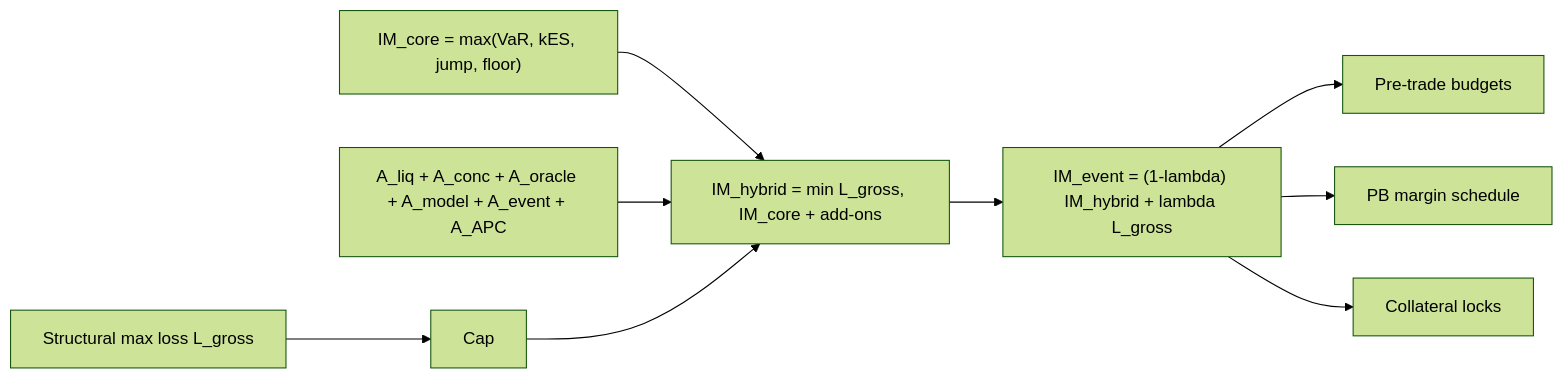
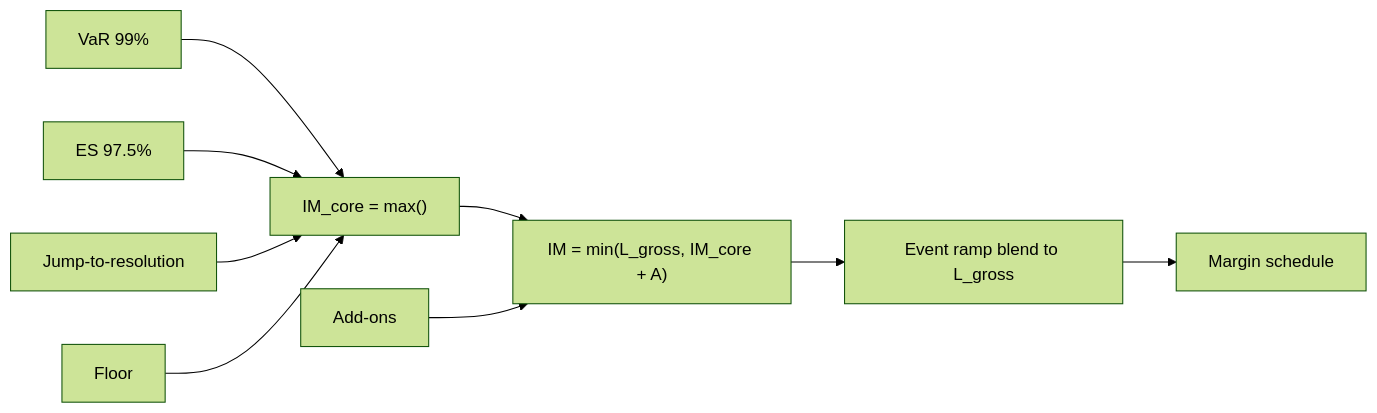
The fourth of 8 diagrams in docs/diagrams.md (LevonDerma1221/swans-docs), drawn with Mermaid (forest theme) before and after one commit. The commit also changed other lines of this file and 31 other files, not shown here.

````diff
--- a/docs/diagrams.md
+++ b/docs/diagrams.md
@@ -104,11 +93,13 @@
 ```mermaid
 flowchart LR
-  SML[Structural max loss L_gross] --> CAP[Cap]
-  CORE["IM_core = max(VaR, kES, jump, floor)"] --> HYBRID[IM_hybrid = min L_gross, IM_core + add-ons]
-  ADDONS["A_liq + A_conc + A_oracle + A_model + A_event + A_APC"] --> HYBRID
-  CAP --> HYBRID
-  HYBRID --> RAMP["IM_event = (1-lambda) IM_hybrid + lambda L_gross"]
-  RAMP --> BUDGET[Pre-trade budgets]
-  RAMP --> SCHED[PB margin schedule]
-  RAMP --> LOCK[Collateral locks]
+  VaR[VaR 99%] --> CORE
+  ES[ES 97.5%] --> CORE
+  JUMP[Jump-to-resolution] --> CORE
+  FLOOR[Floor] --> CORE["IM_core = max()"]
+
+  CORE --> HYBRID
+  ADD[Add-ons] --> HYBRID["IM = min(L_gross, IM_core + A)"]
+
+  HYBRID --> FINAL["Event ramp blend to L_gross"]
+  FINAL --> SCHED[Margin schedule]
 ```
````
